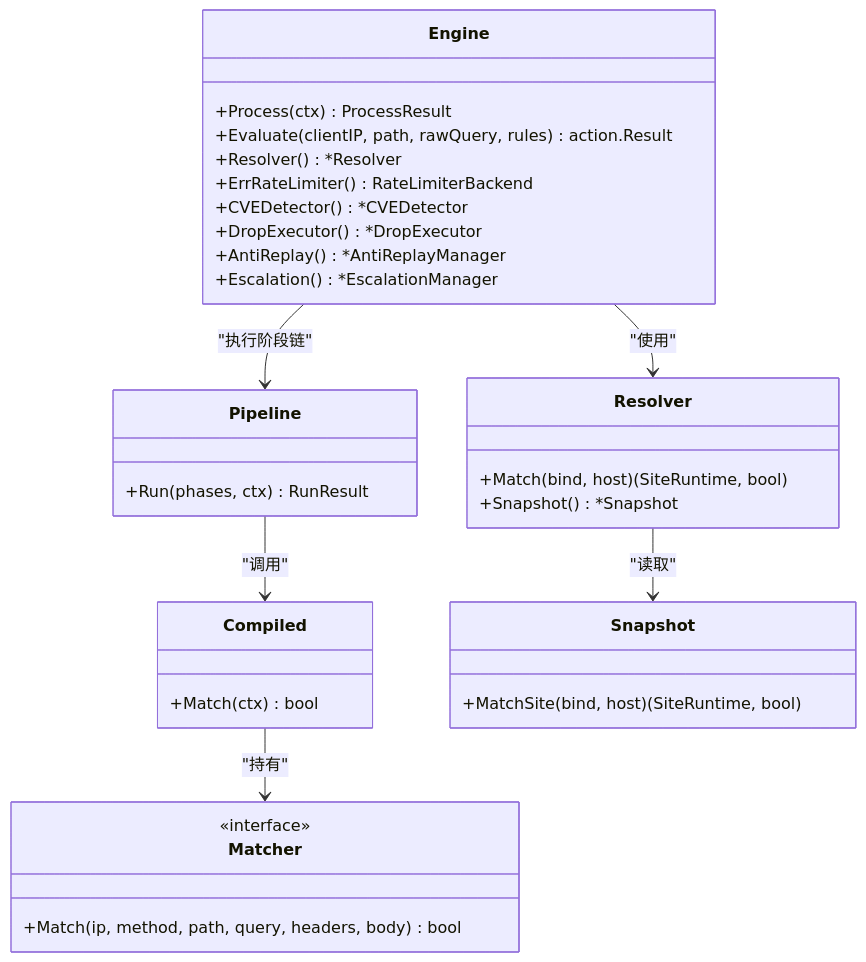
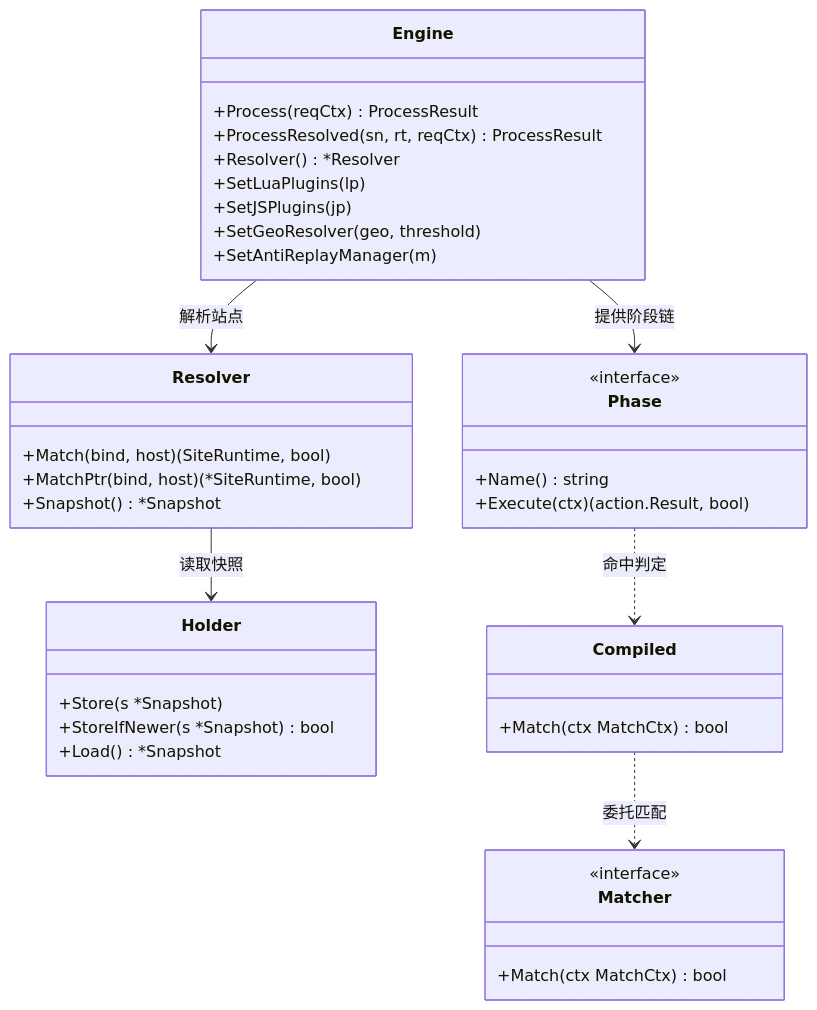
The third of 3 diagrams in docs/WAF 引擎系统/引擎核心架构/引擎核心架构.md (x01n/My-OpenWaf), drawn with Mermaid before and after one commit. The commit also changed other lines of this file and 622 other files, not shown here.

````diff
--- a/docs/WAF 引擎系统/引擎核心架构/引擎核心架构.md
+++ b/docs/WAF 引擎系统/引擎核心架构/引擎核心架构.md
@@ -290,35 +409,39 @@
 ```mermaid
 classDiagram
 class Engine {
-+Process(ctx) ProcessResult
-+Evaluate(clientIP, path, rawQuery, rules) action.Result
++Process(reqCtx) ProcessResult
++ProcessResolved(sn, rt, reqCtx) ProcessResult
 +Resolver() *Resolver
-+ErrRateLimiter() RateLimiterBackend
-+CVEDetector() *CVEDetector
-+DropExecutor() *DropExecutor
-+AntiReplay() *AntiReplayManager
-+Escalation() *EscalationManager
++SetLuaPlugins(lp)
++SetJSPlugins(jp)
++SetGeoResolver(geo, threshold)
++SetAntiReplayManager(m)
 }
 class Resolver {
 +Match(bind, host) (SiteRuntime, bool)
++MatchPtr(bind, host) (*SiteRuntime, bool)
 +Snapshot() *Snapshot
 }
-class Pipeline {
-+Run(phases, ctx) RunResult
+class Holder {
++Store(s *Snapshot)
++StoreIfNewer(s *Snapshot) bool
++Load() *Snapshot
+}
+class Phase {
+<<interface>>
++Name() string
++Execute(ctx) (action.Result, bool)
 }
 class Compiled {
-+Match(ctx) bool
++Match(ctx MatchCtx) bool
 }
 class Matcher {
 <<interface>>
-+Match(ip, method, path, query, headers, body) bool
++Match(ctx MatchCtx) bool
 }
-class Snapshot {
-+MatchSite(bind, host) (SiteRuntime, bool)
-}
-Engine --> Resolver : "使用"
-Engine --> Pipeline : "执行阶段链"
-Pipeline --> Compiled : "调用"
-Compiled --> Matcher : "持有"
-Resolver --> Snapshot : "读取"
+Engine --> Resolver : 解析站点
+Resolver --> Holder : 读取快照
+Engine --> Phase : 提供阶段链
+Phase ..> Compiled : 命中判定
+Compiled ..> Matcher : 委托匹配
 ```
````
